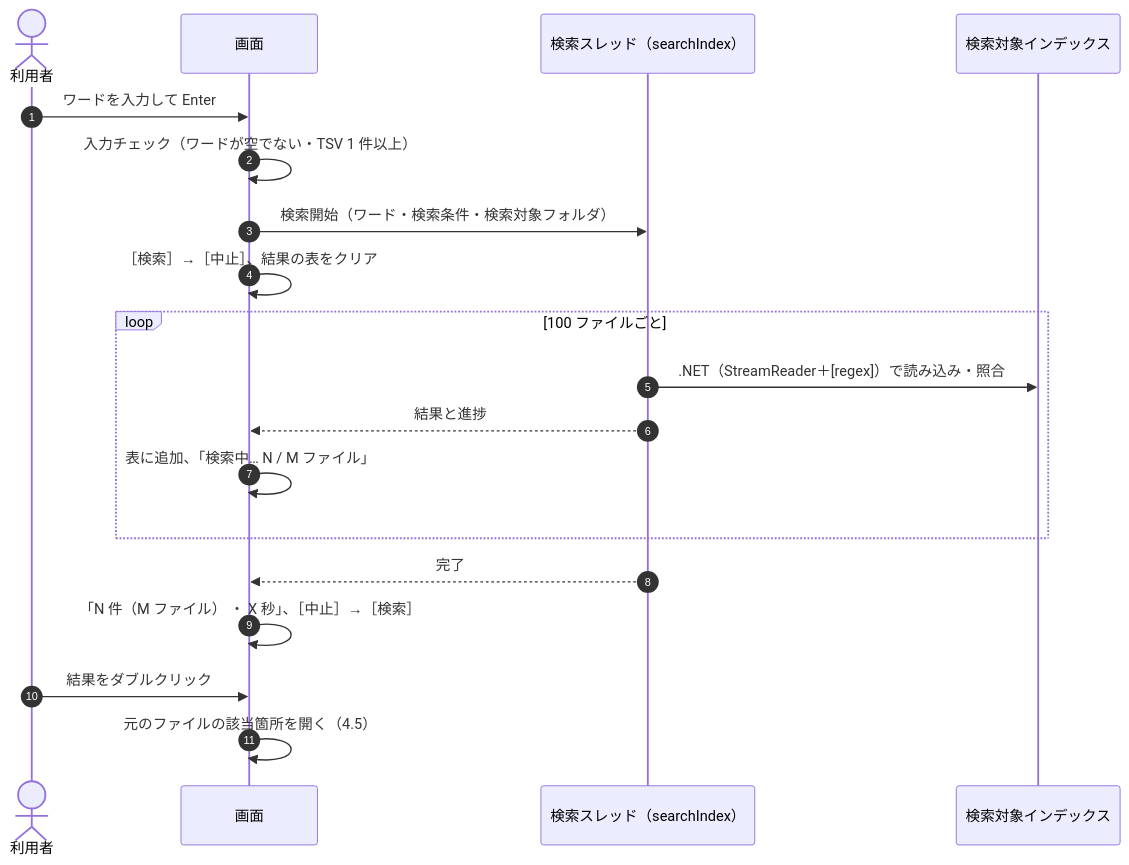
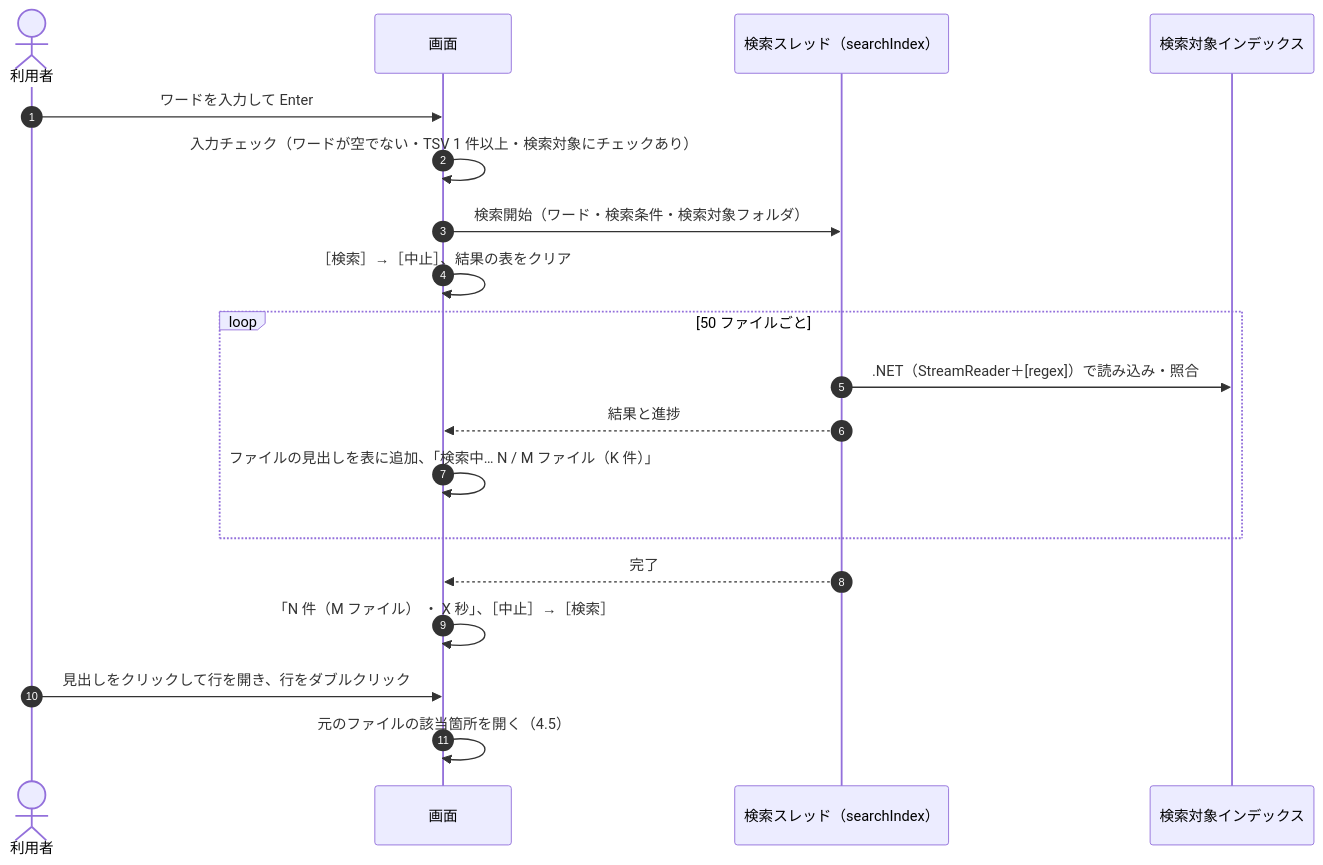
One commit to hsgwa/tebunko changed the second of 4 diagrams in docs/03_画面_4_状態と操作の流れ.md. Above: the diagram before and after it, drawn with Mermaid. The commit also changed other lines of this file and 36 other files, not shown here.

````diff
--- a/docs/03_画面_4_状態と操作の流れ.md
+++ b/docs/03_画面_4_状態と操作の流れ.md
@@ -55,22 +57,22 @@
 ```mermaid
 sequenceDiagram
     autonumber
     actor U as 利用者
     participant G as 画面
     participant S as 検索スレッド（searchIndex）
     participant I as 検索対象インデックス
 
     U->>G: ワードを入力して Enter
-    G->>G: 入力チェック（ワードが空でない・TSV 1 件以上）
+    G->>G: 入力チェック（ワードが空でない・TSV 1 件以上・検索対象にチェックあり）
     G->>S: 検索開始（ワード・検索条件・検索対象フォルダ）
     G->>G: ［検索］→［中止］、結果の表をクリア
-    loop 100 ファイルごと
+    loop 50 ファイルごと
         S->>I: .NET（StreamReader＋[regex]）で読み込み・照合
         S-->>G: 結果と進捗
-        G->>G: 表に追加、「検索中… N / M ファイル」
+        G->>G: ファイルの見出しを表に追加、「検索中… N / M ファイル（K 件）」
     end
     S-->>G: 完了
     G->>G: 「N 件（M ファイル） ・ X 秒」、［中止］→［検索］
-    U->>G: 結果をダブルクリック
+    U->>G: 見出しをクリックして行を開き、行をダブルクリック
     G->>G: 元のファイルの該当箇所を開く（4.5）
 ```
````
